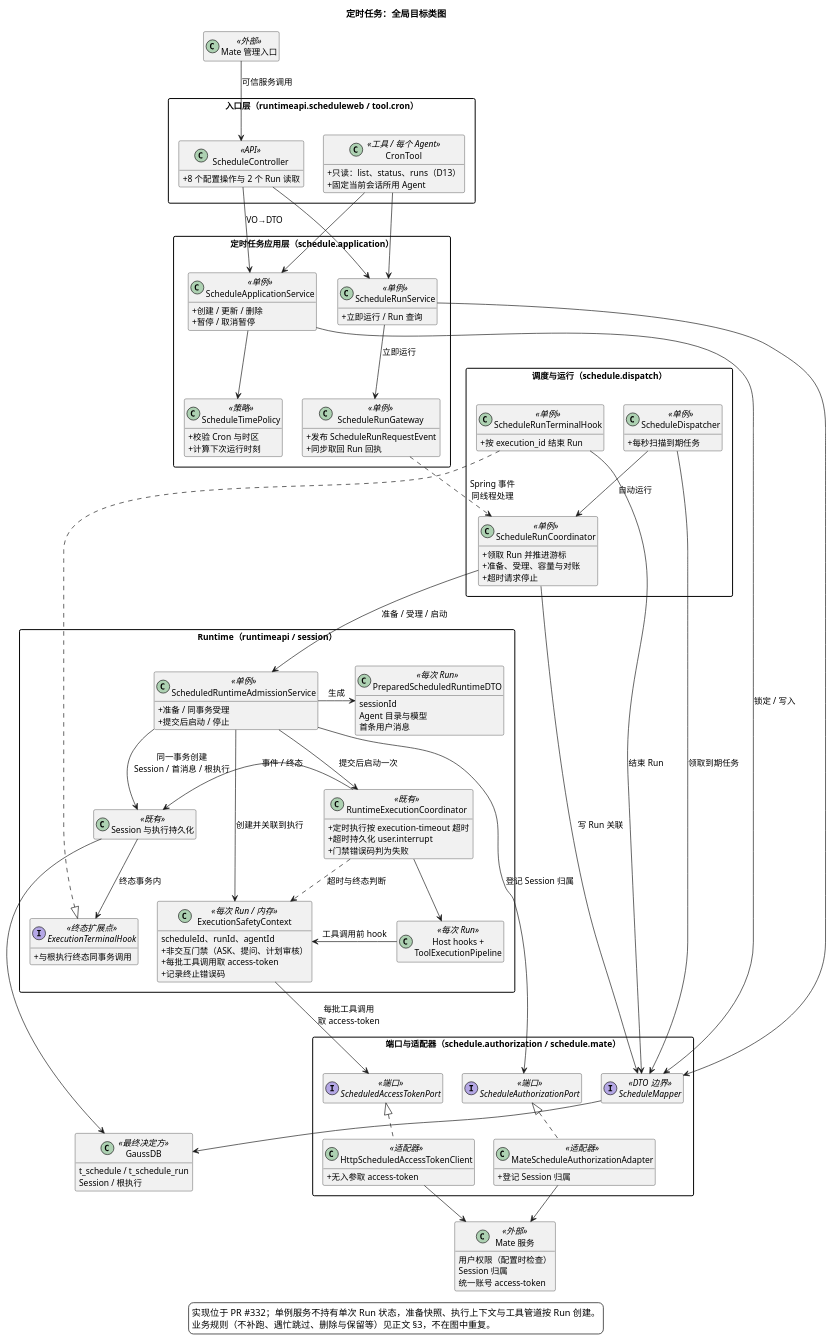
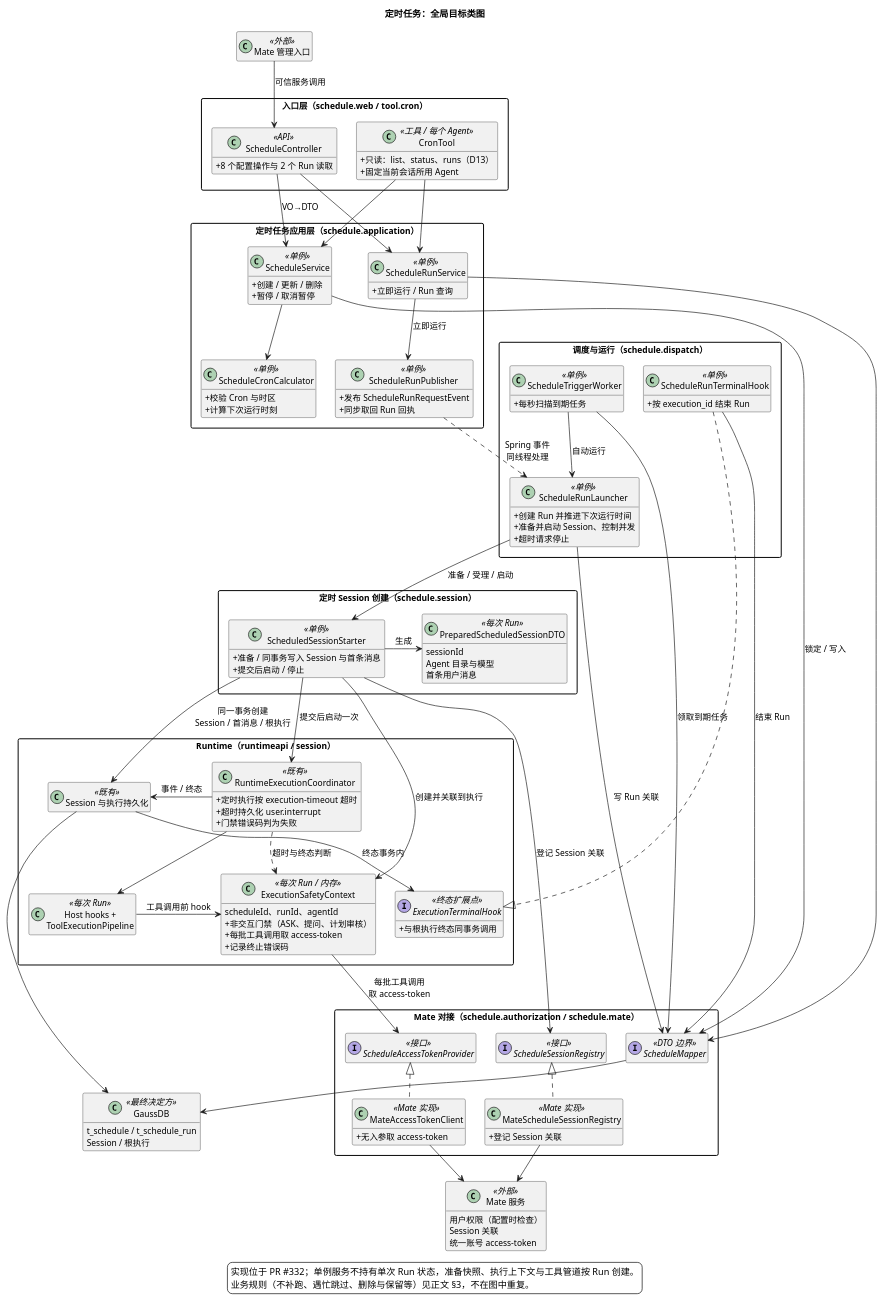
Before and after one commit to ssm0808/pi-mono-java-design: the second of 7 diagrams in 01-总体架构/08-CampusClaw定时任务/diagram.puml, drawn with PlantUML. The commit also changed 6 other files, not shown here.

First line of the commit message:
docs(schedule): 定时任务类图与实现映射改用可读类名

```diff
--- a/01-总体架构/08-CampusClaw定时任务/diagram.puml
+++ b/01-总体架构/08-CampusClaw定时任务/diagram.puml
@@ -45,159 +45,162 @@
 @startuml scheduled_task_architecture
-' 实现：superheromeZzh/pi-mono-java PR #332，codex/scheduled-task-backend 691323a9，核对日期 2026-10-15。
-' 源码：modules/coding-agent-cli/src/main/java/com/campusclaw/codingagent/schedule/dispatch/ScheduleRunCoordinator.java manual、claimAutomatic、admit。
-' 源码：modules/coding-agent-cli/src/main/java/com/campusclaw/codingagent/runtimeapi/schedule/ScheduledRuntimeAdmissionService.java prepare、accept、start、requestStop。
+' 实现：superheromeZzh/pi-mono-java PR #332，codex/scheduled-task-backend bdd3af99，核对日期 2026-10-15。
+' 源码：modules/coding-agent-cli/src/main/java/com/campusclaw/codingagent/schedule/dispatch/ScheduleRunLauncher.java handleRunRequest、createAutomaticRun、startSession。
+' 源码：modules/coding-agent-cli/src/main/java/com/campusclaw/codingagent/schedule/session/ScheduledSessionStarter.java prepare、acceptSession、startExecution、requestStop。
 ' 源码：modules/coding-agent-cli/src/main/java/com/campusclaw/codingagent/session/ExecutionSafetyContext.java beforeHook、resolveCredentials。
 ' 源码：modules/coding-agent-cli/src/main/java/com/campusclaw/codingagent/runtimeapi/event/RuntimeExecutionCoordinator.java start、scheduleTimeout、terminalOutcome。
-' 源码：modules/coding-agent-cli/src/main/java/com/campusclaw/codingagent/schedule/application/ScheduleRunGateway.java run。
-' 设计原因：管理入口经事件到达运行协调器，避免 Runtime 装配构造依赖环。
-' 设计原因：服务直接使用 ScheduleMapper 收发 DTO，不另设仓储端口。
+' 源码：modules/coding-agent-cli/src/main/java/com/campusclaw/codingagent/schedule/application/ScheduleRunPublisher.java requestRun。
+' 设计原因：管理入口经事件到达 Run 启动器，避免 Runtime 装配构造依赖环。
+' 设计原因：服务直接使用 ScheduleMapper 收发 DTO，不另设仓储接口。
 ' 产品约束：每次 Run 使用关联的 Agent 定义新建 Session；定时执行非交互。
 title 定时任务：全局目标类图
 skinparam backgroundColor white
 skinparam defaultFontSize 13
 skinparam classAttributeIconSize 0
 skinparam packageStyle rectangle
 skinparam nodesep 30
 skinparam ranksep 45
 hide empty members
 
 class "Mate 管理入口" as Caller <<外部>>
 
-package "入口层（runtimeapi.scheduleweb / tool.cron）" as EntryPkg {
+package "入口层（schedule.web / tool.cron）" as EntryPkg {
   class ScheduleController <<API>> {
     + 8 个配置操作与 2 个 Run 读取
   }
   class CronTool <<工具 / 每个 Agent>> {
     + 只读：list、status、runs（D13）
     + 固定当前会话所用 Agent
   }
 }
 
 package "定时任务应用层（schedule.application）" as AppPkg {
-  class ScheduleApplicationService <<单例>> {
+  class ScheduleService <<单例>> {
     + 创建 / 更新 / 删除
     + 暂停 / 取消暂停
   }
   class ScheduleRunService <<单例>> {
     + 立即运行 / Run 查询
   }
-  class ScheduleRunGateway <<单例>> {
+  class ScheduleRunPublisher <<单例>> {
     + 发布 ScheduleRunRequestEvent
     + 同步取回 Run 回执
   }
-  class ScheduleTimePolicy <<策略>> {
+  class ScheduleCronCalculator <<单例>> {
     + 校验 Cron 与时区
     + 计算下次运行时刻
   }
 }
 
 package "调度与运行（schedule.dispatch）" as DispatchPkg {
-  class ScheduleDispatcher <<单例>> {
+  class ScheduleTriggerWorker <<单例>> {
     + 每秒扫描到期任务
   }
-  class ScheduleRunCoordinator <<单例>> {
-    + 领取 Run 并推进游标
-    + 准备、受理、容量与对账
+  class ScheduleRunLauncher <<单例>> {
+    + 创建 Run 并推进下次运行时间
+    + 准备并启动 Session、控制并发
     + 超时请求停止
   }
   class ScheduleRunTerminalHook <<单例>> {
     + 按 execution_id 结束 Run
   }
 }
 
-package "端口与适配器（schedule.authorization / schedule.mate）" as PortPkg {
-  interface ScheduleAuthorizationPort <<端口>>
-  interface ScheduledAccessTokenPort <<端口>>
-  class MateScheduleAuthorizationAdapter <<适配器>> {
-    + 登记 Session 归属
+package "Mate 对接（schedule.authorization / schedule.mate）" as PortPkg {
+  interface ScheduleSessionRegistry <<接口>>
+  interface ScheduleAccessTokenProvider <<接口>>
+  class MateScheduleSessionRegistry <<Mate 实现>> {
+    + 登记 Session 关联
   }
-  class HttpScheduledAccessTokenClient <<适配器>> {
+  class MateAccessTokenClient <<Mate 实现>> {
     + 无入参取 access-token
   }
   interface ScheduleMapper <<DTO 边界>>
 }
 
 class "Mate 服务" as Mate <<外部>> {
   用户权限（配置时检查）
-  Session 归属
+  Session 关联
   统一账号 access-token
 }
 
-package "Runtime（runtimeapi / session）" as RtPkg {
-  class ScheduledRuntimeAdmissionService <<单例>> {
-    + 准备 / 同事务受理
+package "定时 Session 创建（schedule.session）" as StarterPkg {
+  class ScheduledSessionStarter <<单例>> {
+    + 准备 / 同事务写入 Session 与首条消息
     + 提交后启动 / 停止
   }
-  class PreparedScheduledRuntimeDTO <<每次 Run>> {
+  class PreparedScheduledSessionDTO <<每次 Run>> {
     sessionId
     Agent 目录与模型
     首条用户消息
   }
+}
+
+package "Runtime（runtimeapi / session）" as RtPkg {
   class ExecutionSafetyContext <<每次 Run / 内存>> {
     scheduleId、runId、agentId
     + 非交互门禁（ASK、提问、计划审核）
     + 每批工具调用取 access-token
     + 记录终止错误码
   }
   class RuntimeExecutionCoordinator <<既有>> {
     + 定时执行按 execution-timeout 超时
     + 超时持久化 user.interrupt
     + 门禁错误码判为失败
   }
   class "Host hooks +\nToolExecutionPipeline" as Pipeline <<每次 Run>>
   class "Session 与执行持久化" as Persist <<既有>>
   interface ExecutionTerminalHook <<终态扩展点>> {
     + 与根执行终态同事务调用
   }
 }
 
 class "GaussDB" as Db <<最终决定方>> {
   t_schedule / t_schedule_run
   Session / 根执行
 }
 
 Caller -down-> ScheduleController : 可信服务调用
-ScheduleController -down-> ScheduleApplicationService : VO→DTO
+ScheduleController -down-> ScheduleService : VO→DTO
 ScheduleController -down-> ScheduleRunService
-CronTool -down-> ScheduleApplicationService
+CronTool -down-> ScheduleService
 CronTool -down-> ScheduleRunService
 
-ScheduleApplicationService -down-> ScheduleTimePolicy
-ScheduleRunService -down-> ScheduleRunGateway : 立即运行
-ScheduleRunGateway ..> ScheduleRunCoordinator : Spring 事件\n同线程处理
-ScheduleDispatcher -down-> ScheduleRunCoordinator : 自动运行
-ScheduleRunCoordinator -down-> ScheduledRuntimeAdmissionService : 准备 / 受理 / 启动
+ScheduleService -down-> ScheduleCronCalculator
+ScheduleRunService -down-> ScheduleRunPublisher : 立即运行
+ScheduleRunPublisher ..> ScheduleRunLauncher : Spring 事件\n同线程处理
+ScheduleTriggerWorker -down-> ScheduleRunLauncher : 自动运行
+ScheduleRunLauncher -down-> ScheduledSessionStarter : 准备 / 受理 / 启动
 
-ScheduleApplicationService -down-> ScheduleMapper : 锁定 / 写入
+ScheduleService -down-> ScheduleMapper : 锁定 / 写入
 ScheduleRunService -down-> ScheduleMapper
-ScheduleDispatcher -down-> ScheduleMapper : 领取到期任务
-ScheduleRunCoordinator -down-> ScheduleMapper : 写 Run 关联
+ScheduleTriggerWorker -down-> ScheduleMapper : 领取到期任务
+ScheduleRunLauncher -down-> ScheduleMapper : 写 Run 关联
 ScheduleRunTerminalHook -down-> ScheduleMapper : 结束 Run
 ScheduleMapper -down-> Db
 
-ScheduledRuntimeAdmissionService -right-> PreparedScheduledRuntimeDTO : 生成
-ScheduledRuntimeAdmissionService -down-> ScheduleAuthorizationPort : 登记 Session 归属
-ScheduledRuntimeAdmissionService -down-> ExecutionSafetyContext : 创建并关联到执行
-ScheduledRuntimeAdmissionService -down-> Persist : 同一事务创建\nSession / 首消息 / 根执行
-ScheduledRuntimeAdmissionService -down-> RuntimeExecutionCoordinator : 提交后启动一次
-MateScheduleAuthorizationAdapter .up.|> ScheduleAuthorizationPort
-HttpScheduledAccessTokenClient .up.|> ScheduledAccessTokenPort
-MateScheduleAuthorizationAdapter -down-> Mate
-HttpScheduledAccessTokenClient -down-> Mate
+ScheduledSessionStarter -right-> PreparedScheduledSessionDTO : 生成
+ScheduledSessionStarter -down-> ScheduleSessionRegistry : 登记 Session 关联
+ScheduledSessionStarter -down-> ExecutionSafetyContext : 创建并关联到执行
+ScheduledSessionStarter -down-> Persist : 同一事务创建\nSession / 首消息 / 根执行
+ScheduledSessionStarter -down-> RuntimeExecutionCoordinator : 提交后启动一次
+MateScheduleSessionRegistry .up.|> ScheduleSessionRegistry
+MateAccessTokenClient .up.|> ScheduleAccessTokenProvider
+MateScheduleSessionRegistry -down-> Mate
+MateAccessTokenClient -down-> Mate
 
 RuntimeExecutionCoordinator -down-> Pipeline
 RuntimeExecutionCoordinator ..> ExecutionSafetyContext : 超时与终态判断
 Pipeline -right-> ExecutionSafetyContext : 工具调用前 hook
-ExecutionSafetyContext -down-> ScheduledAccessTokenPort : 每批工具调用\n取 access-token
+ExecutionSafetyContext -down-> ScheduleAccessTokenProvider : 每批工具调用\n取 access-token
 RuntimeExecutionCoordinator -right-> Persist : 事件 / 终态
 Persist -down-> Db
 Persist -down-> ExecutionTerminalHook : 终态事务内
 ScheduleRunTerminalHook .right.|> ExecutionTerminalHook
 
-ScheduleTimePolicy -right[hidden]-> ScheduleRunGateway
+ScheduleCronCalculator -right[hidden]-> ScheduleRunPublisher
 
 legend bottom
   实现位于 PR #332；单例服务不持有单次 Run 状态，准备快照、执行上下文与工具管道按 Run 创建。
   业务规则（不补跑、遇忙跳过、删除与保留等）见正文 §3，不在图中重复。
 endlegend
 @enduml
```
